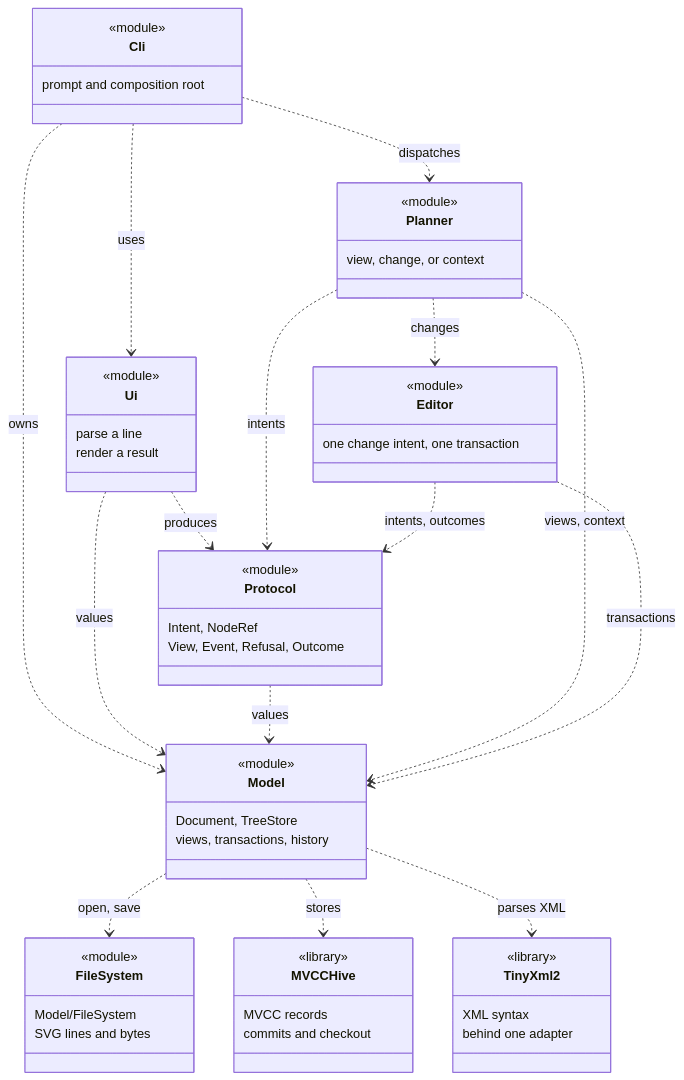
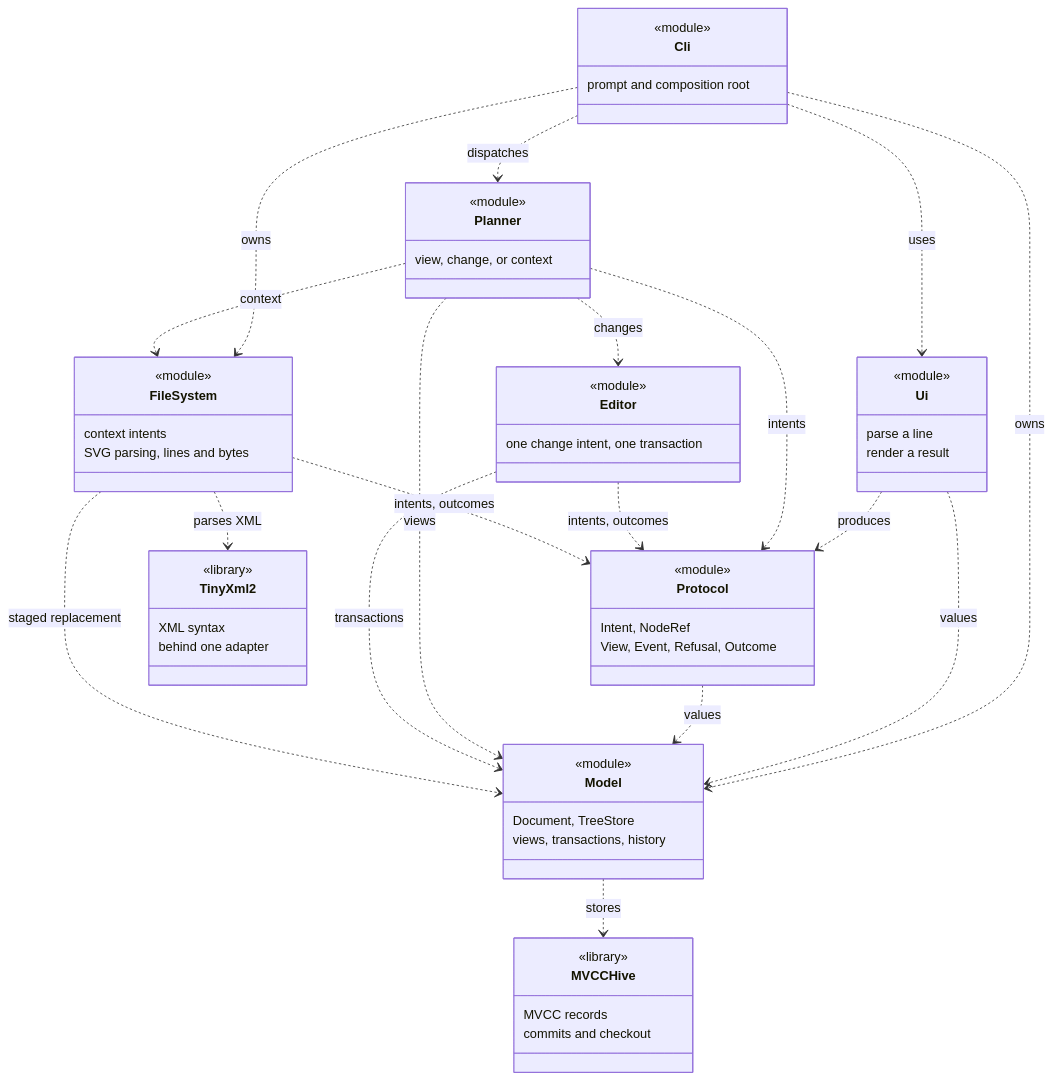
Before and after one commit to NegaVoayz/SVG_Editor: the diagram in docs/Structure.md, drawn with Mermaid. The commit also changed other lines of this file and 3 other files, not shown here.

````diff
--- a/docs/Structure.md
+++ b/docs/Structure.md
@@ -46,62 +44,65 @@
 ```mermaid
 classDiagram
     direction TB
 
     class Cli {
         <<module>>
         prompt and composition root
     }
     class Ui {
         <<module>>
         parse a line
         render a result
     }
     class Protocol {
         <<module>>
         Intent, NodeRef
         View, Event, Refusal, Outcome
     }
     class Planner {
         <<module>>
         view, change, or context
     }
     class Editor {
         <<module>>
         one change intent, one transaction
     }
     class Model {
         <<module>>
         Document, TreeStore
         views, transactions, history
     }
     class FileSystem {
         <<module>>
-        Model/FileSystem
-        SVG lines and bytes
+        context intents
+        SVG parsing, lines and bytes
     }
     class MVCCHive {
         <<library>>
         MVCC records
         commits and checkout
     }
     class TinyXml2 {
         <<library>>
         XML syntax
         behind one adapter
     }
 
     Cli ..> Ui : uses
     Cli ..> Planner : dispatches
     Cli ..> Model : owns
+    Cli ..> FileSystem : owns
     Ui ..> Protocol : produces
     Ui ..> Model : values
     Protocol ..> Model : values
     Planner ..> Protocol : intents
-    Planner ..> Model : views, context
+    Planner ..> Model : views
     Planner ..> Editor : changes
+    Planner ..> FileSystem : context
     Editor ..> Protocol : intents, outcomes
     Editor ..> Model : transactions
-    Model ..> FileSystem : open, save
+    FileSystem ..> Model : staged replacement
+    FileSystem ..> Protocol : intents, outcomes
+    FileSystem ..> TinyXml2 : parses XML
     Model ..> MVCCHive : stores
-    Model ..> TinyXml2 : parses XML
 ```
````
